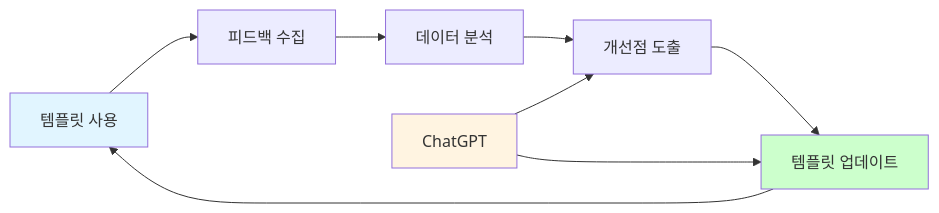
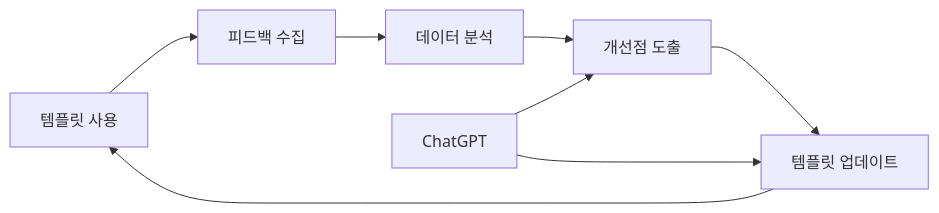
One commit to nugurejeil/weniVooks changed the ninth of 9 diagrams in _md/genai-notion/chapter09/09-1.md. Above: the diagram before and after it, drawn with Mermaid. The commit also changed other lines of this file and 187 other files, not shown here.

````diff
--- a/_md/genai-notion/chapter09/09-1.md
+++ b/_md/genai-notion/chapter09/09-1.md
@@ -598,15 +572,11 @@
 ```mermaid
 flowchart LR
     A[템플릿 사용] --> B[피드백 수집]
     B --> C[데이터 분석]
     C --> D[개선점 도출]
     D --> E[템플릿 업데이트]
     E --> A
 
     F[ChatGPT] --> D
     F --> E
-
-    style A fill:#e1f5ff
-    style E fill:#ccffcc
-    style F fill:#fff4e1
 ```
````
